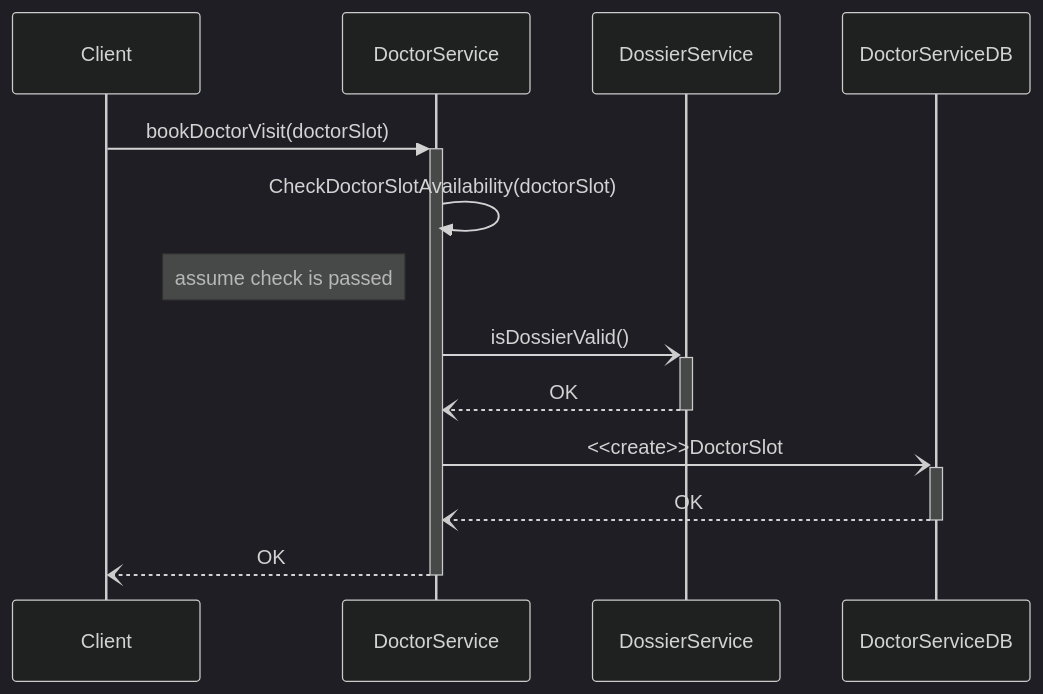
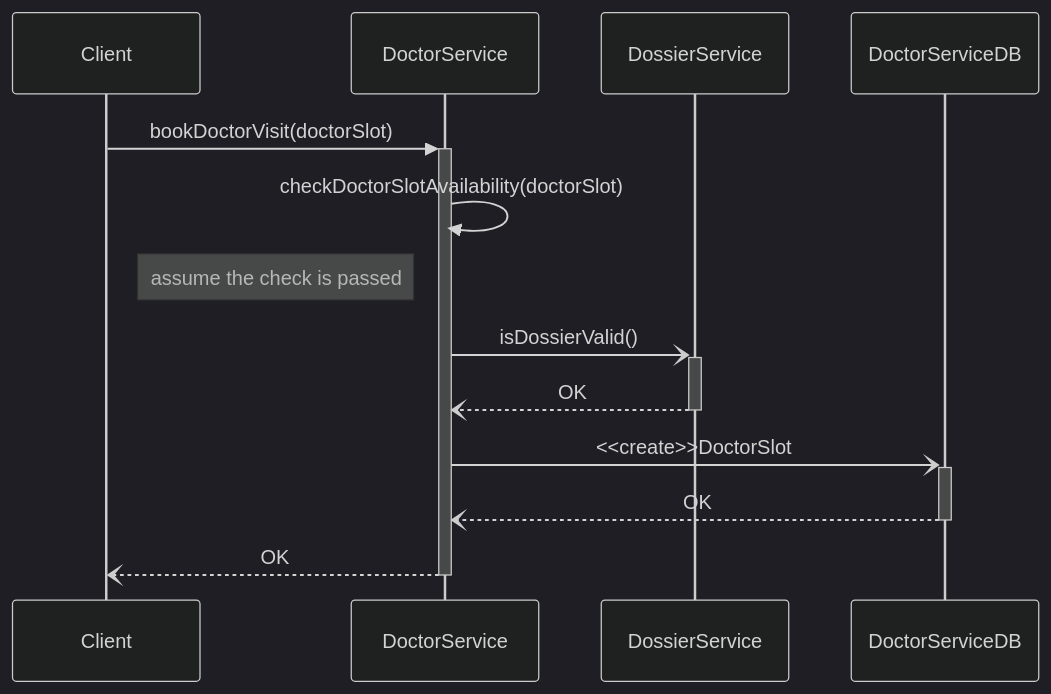
One commit to den-gr/Driving-School-Distributed-Management-Software changed the third of 4 diagrams in docs/report/TacticalDesign/DoctorService.md. Above: the diagram before and after it, drawn with Mermaid (dark theme). The commit also changed 1 other file, not shown here.

Commit message:
docs: add errors and add missed terms

````diff
--- a/docs/report/TacticalDesign/DoctorService.md
+++ b/docs/report/TacticalDesign/DoctorService.md
@@ -131,20 +131,20 @@
 ```mermaid
 sequenceDiagram 
 
     participant C as Client
     participant Doc as DoctorService
     participant Dos as DossierService
     participant DocDB as DoctorServiceDB
 
     C->>+Doc : bookDoctorVisit(doctorSlot)
-    Doc->>Doc : CheckDoctorSlotAvailability(doctorSlot)
-    Note left of Doc : assume check is passed
+    Doc->>Doc : checkDoctorSlotAvailability(doctorSlot)
+    Note left of Doc : assume the check is passed
     Doc-)+Dos : isDossierValid()
     Dos--)-Doc : OK
 
     Doc-)+DocDB : <<create>>DoctorSlot
     DocDB--)-Doc : OK
 
 
     Doc--)-C : OK
 ```
````
